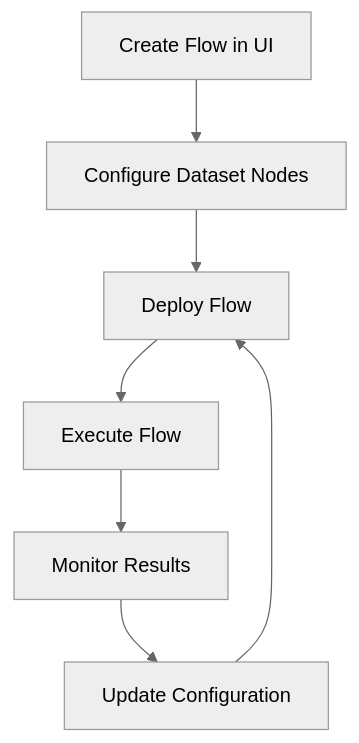
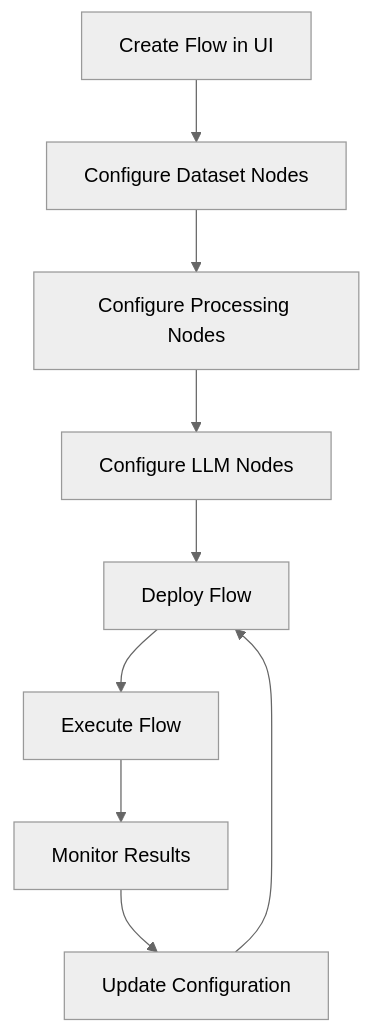
Before and after one commit to lucasfneves14/graphorlm-docs: the diagram in api-reference/flows/overview.mdx, drawn with Mermaid (neutral theme). The commit also changed other lines of this file, not shown here.

Commit message:
update flows overview

````diff
--- a/api-reference/flows/overview.mdx
+++ b/api-reference/flows/overview.mdx
@@ -120,9 +215,11 @@
 ```mermaid
 graph TD
     A[Create Flow in UI] --> B[Configure Dataset Nodes]
-    B --> C[Deploy Flow]
-    C --> D[Execute Flow]
-    D --> E[Monitor Results]
-    E --> F[Update Configuration]
-    F --> C
+    B --> C[Configure Processing Nodes]
+    C --> D[Configure LLM Nodes]
+    D --> E[Deploy Flow]
+    E --> F[Execute Flow]
+    F --> G[Monitor Results]
+    G --> H[Update Configuration]
+    H --> E
 ```
````
